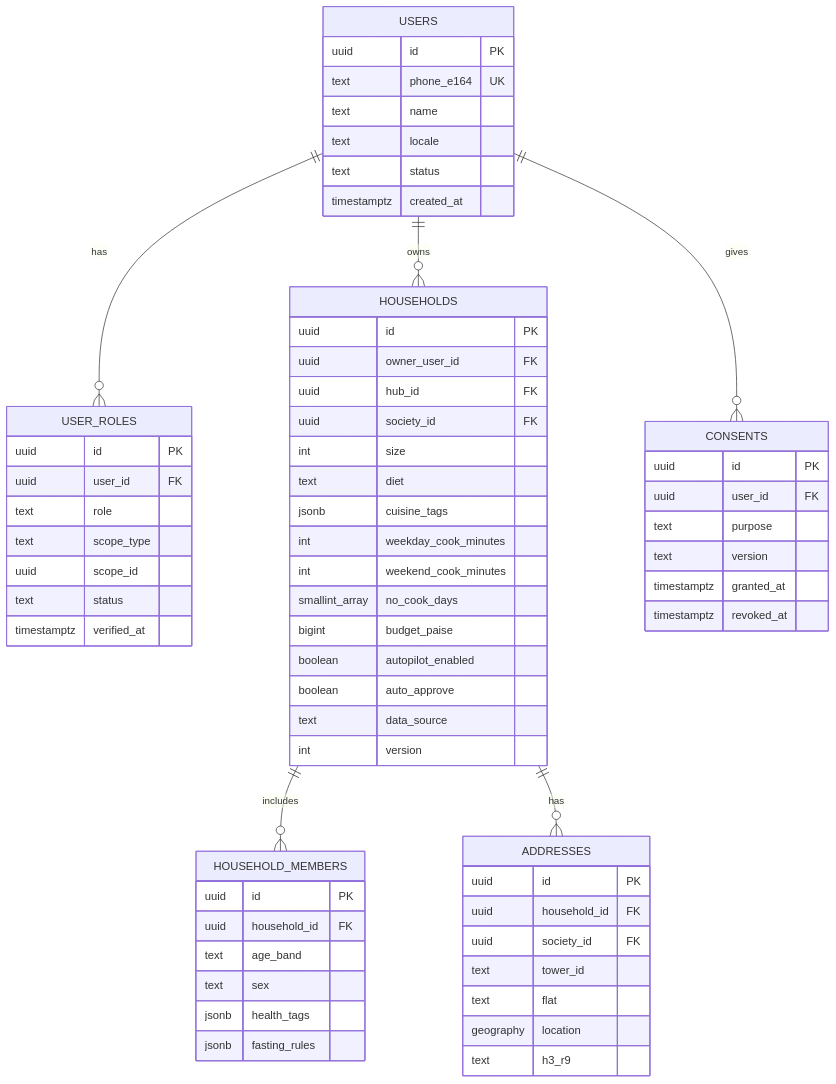
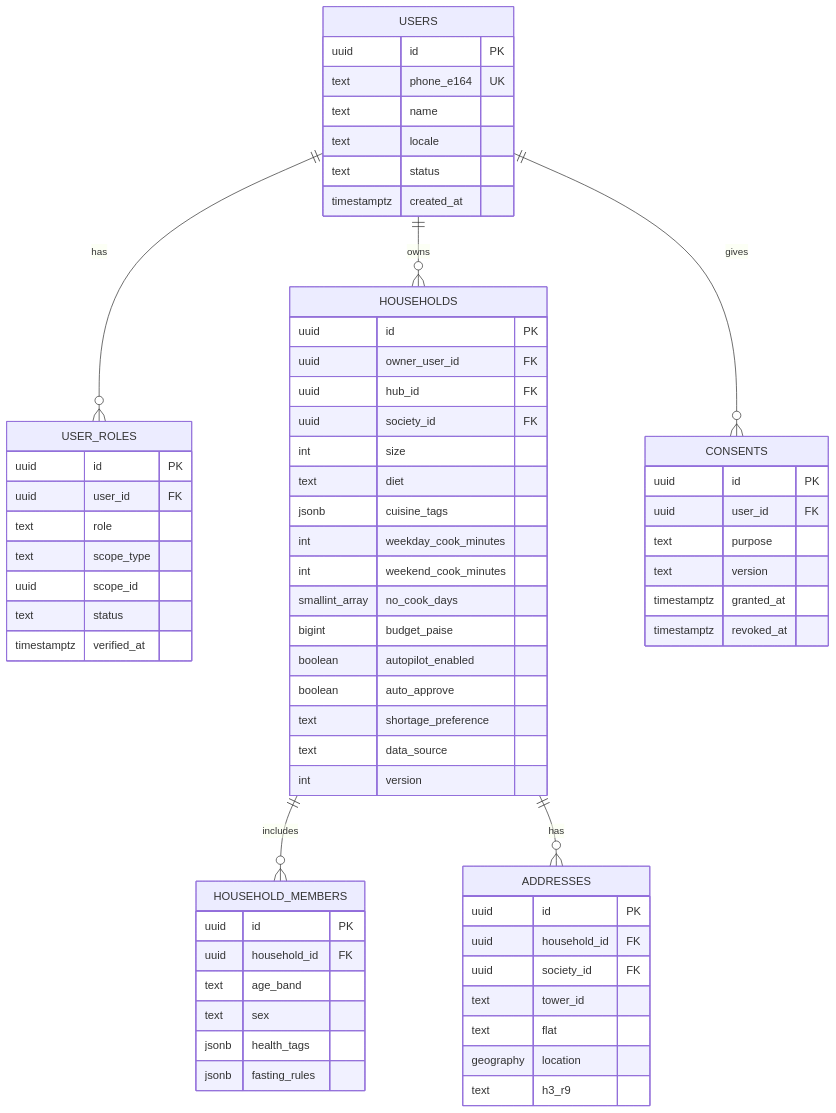
Before and after one commit to prelekar7/GharBasket: the second of 14 diagrams in docs/handbook/05-data-architecture.md, drawn with Mermaid. The commit also changed 13 other files, not shown here.

````diff
--- a/docs/handbook/05-data-architecture.md
+++ b/docs/handbook/05-data-architecture.md
@@ -90,67 +90,68 @@
 ```mermaid
 erDiagram
     USERS {
         uuid id PK
         text phone_e164 UK
         text name
         text locale
         text status
         timestamptz created_at
     }
     USER_ROLES {
         uuid id PK
         uuid user_id FK
         text role
         text scope_type
         uuid scope_id
         text status
         timestamptz verified_at
     }
     HOUSEHOLDS {
         uuid id PK
         uuid owner_user_id FK
         uuid hub_id FK
         uuid society_id FK
         int size
         text diet
         jsonb cuisine_tags
         int weekday_cook_minutes
         int weekend_cook_minutes
         smallint_array no_cook_days
         bigint budget_paise
         boolean autopilot_enabled
         boolean auto_approve
+        text shortage_preference
         text data_source
         int version
     }
     HOUSEHOLD_MEMBERS {
         uuid id PK
         uuid household_id FK
         text age_band
         text sex
         jsonb health_tags
         jsonb fasting_rules
     }
     ADDRESSES {
         uuid id PK
         uuid household_id FK
         uuid society_id FK
         text tower_id
         text flat
         geography location
         text h3_r9
     }
     CONSENTS {
         uuid id PK
         uuid user_id FK
         text purpose
         text version
         timestamptz granted_at
         timestamptz revoked_at
     }
     USERS ||--o{ USER_ROLES : has
     USERS ||--o{ HOUSEHOLDS : owns
     USERS ||--o{ CONSENTS : gives
     HOUSEHOLDS ||--o{ HOUSEHOLD_MEMBERS : includes
     HOUSEHOLDS ||--o{ ADDRESSES : has
 ```
````
